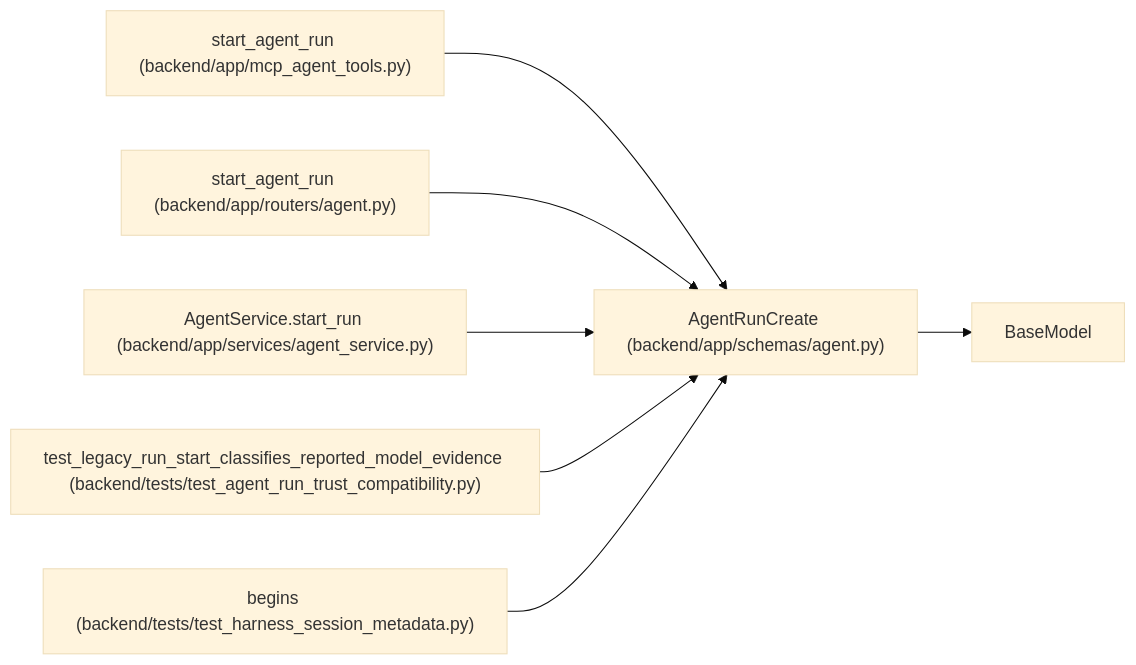
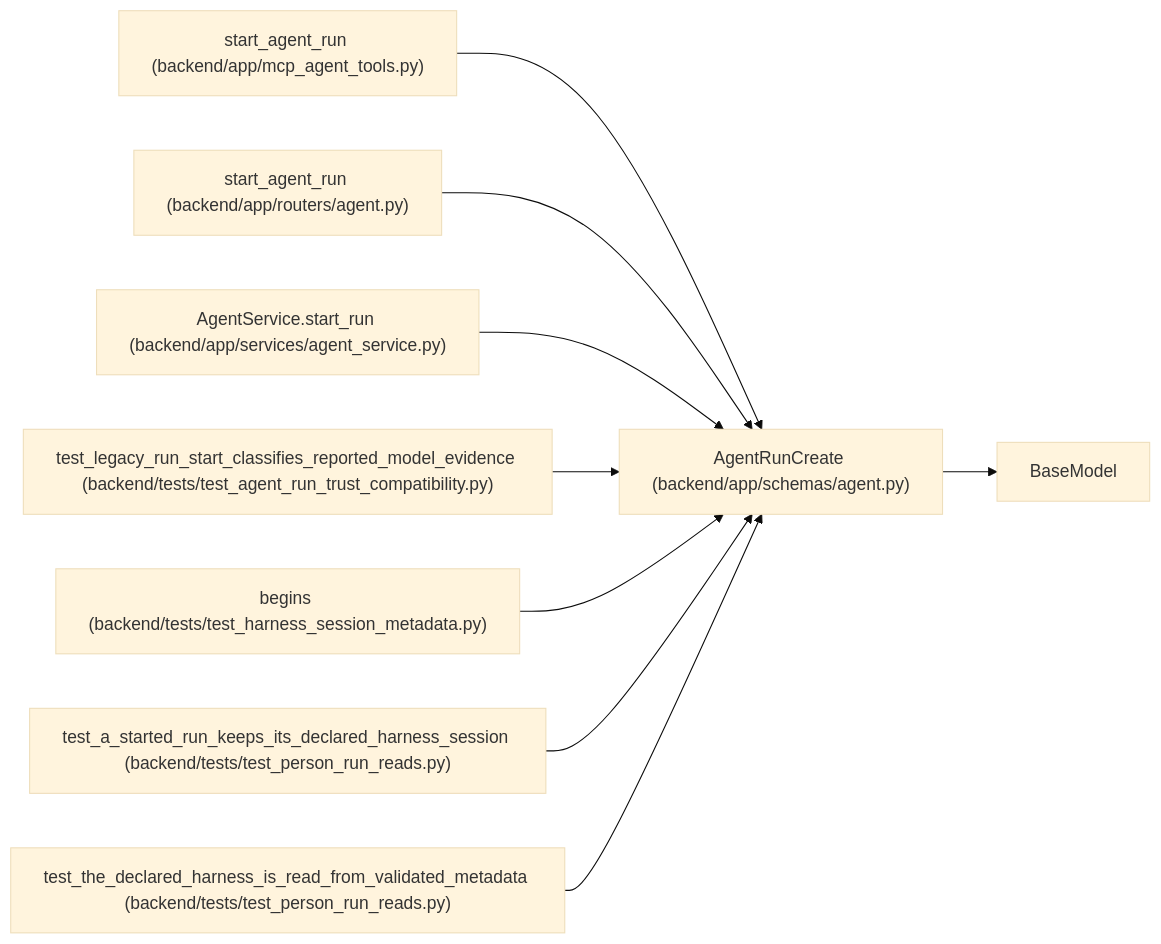
One commit to Denissvgn/WorkChord changed the diagram in docs/llm_wiki/entities/AgentRunCreate.md. Above: the diagram before and after it, drawn with Mermaid (base theme). The commit also changed other lines of this file and 879 other files, not shown here.

````diff
--- a/docs/llm_wiki/entities/AgentRunCreate.md
+++ b/docs/llm_wiki/entities/AgentRunCreate.md
@@ -46,22 +46,28 @@
 ```mermaid
 flowchart LR
     n0["AgentRunCreate (backend/app/schemas/agent.py)"]
     n1["BaseModel"]
     n2["start_agent_run (backend/app/mcp_agent_tools.py)"]
     n3["start_agent_run (backend/app/routers/agent.py)"]
     n4["AgentService.start_run (backend/app/services/agent_service.py)"]
     n5["test_legacy_run_start_classifies_reported_model_evidence (backend/tests/test_agent_run_trust_compatibility.py)"]
     n6["begins (backend/tests/test_harness_session_metadata.py)"]
+    n7["test_a_started_run_keeps_its_declared_harness_session (backend/tests/test_person_run_reads.py)"]
+    n8["test_the_declared_harness_is_read_from_validated_metadata (backend/tests/test_person_run_reads.py)"]
     n0 --> n1
     n2 --> n0
     n3 --> n0
     n4 --> n0
     n5 --> n0
     n6 --> n0
+    n7 --> n0
+    n8 --> n0
     click n0 "../modules/schemas_agent.md"
     click n2 "../modules/mcp_agent_tools.md"
     click n3 "../modules/routers_agent.md"
     click n4 "../modules/agent_service.md"
     click n5 "../modules/test_agent_run_trust_compatibility.md"
     click n6 "../modules/test_harness_session_metadata.md"
+    click n7 "../modules/test_person_run_reads.md"
+    click n8 "../modules/test_person_run_reads.md"
 ```
````
